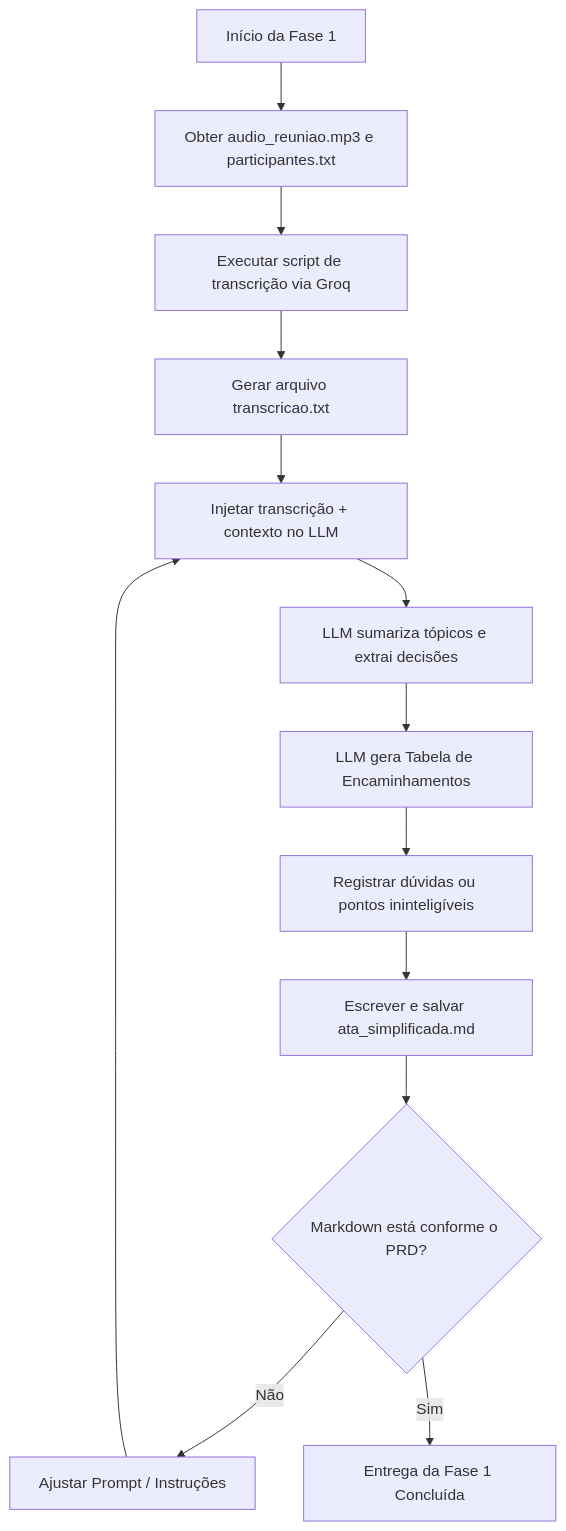
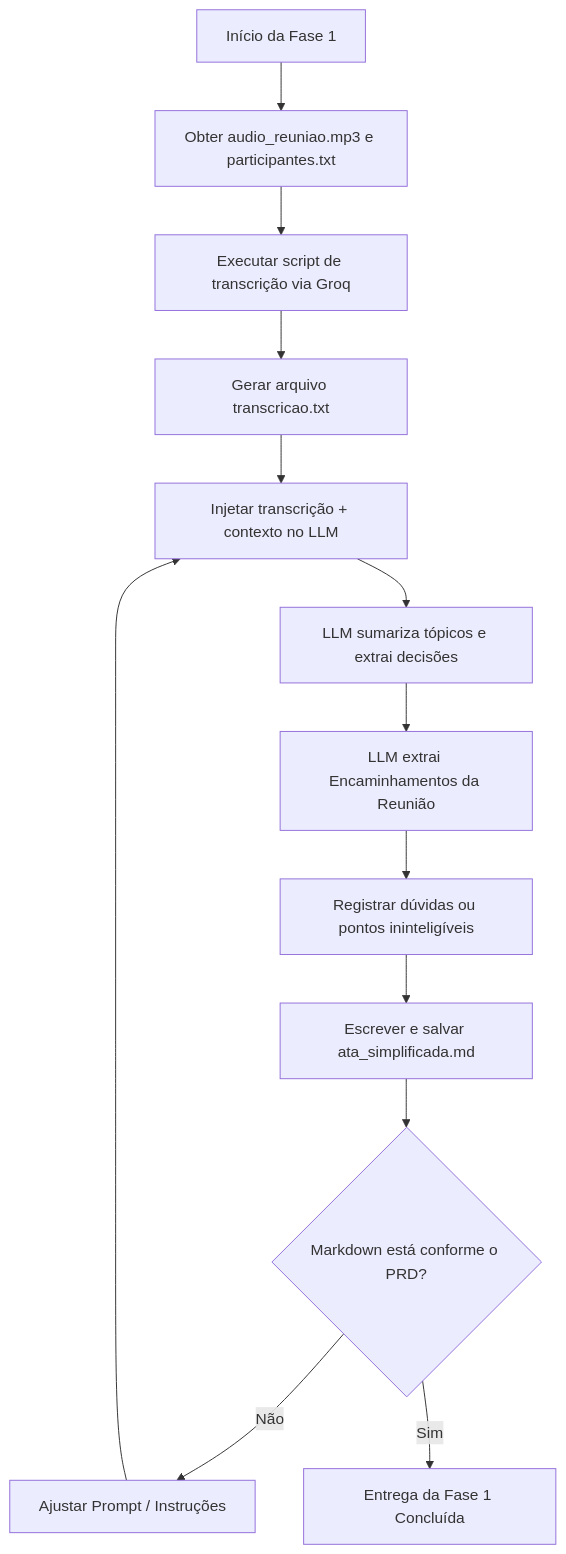
The diagram in fases/fase-1-gerar-ata.md (Matheus-Nardi/workflow-ata-ej), drawn with Mermaid before and after one commit. The commit also changed other lines of this file and 11 other files, not shown here.

Commit message:
refactor: replace GitHub MCP integration with SQLite-based persistence for meeting history and automatic sequence numbering

````diff
--- a/fases/fase-1-gerar-ata.md
+++ b/fases/fase-1-gerar-ata.md
@@ -48,15 +48,15 @@
 ```mermaid
 flowchart TD
     A[Início da Fase 1] --> B[Obter audio_reuniao.mp3 e participantes.txt]
     B --> C[Executar script de transcrição via Groq]
     C --> D[Gerar arquivo transcricao.txt]
     D --> E[Injetar transcrição + contexto no LLM]
     E --> F[LLM sumariza tópicos e extrai decisões]
-    F --> G[LLM gera Tabela de Encaminhamentos]
+    F --> G[LLM extrai Encaminhamentos da Reunião]
     G --> H[Registrar dúvidas ou pontos ininteligíveis]
     H --> I[Escrever e salvar ata_simplificada.md]
     I --> J{Markdown está conforme o PRD?}
     J -- Não --> K[Ajustar Prompt / Instruções]
     K --> E
     J -- Sim --> L[Entrega da Fase 1 Concluída]
 ```
````
